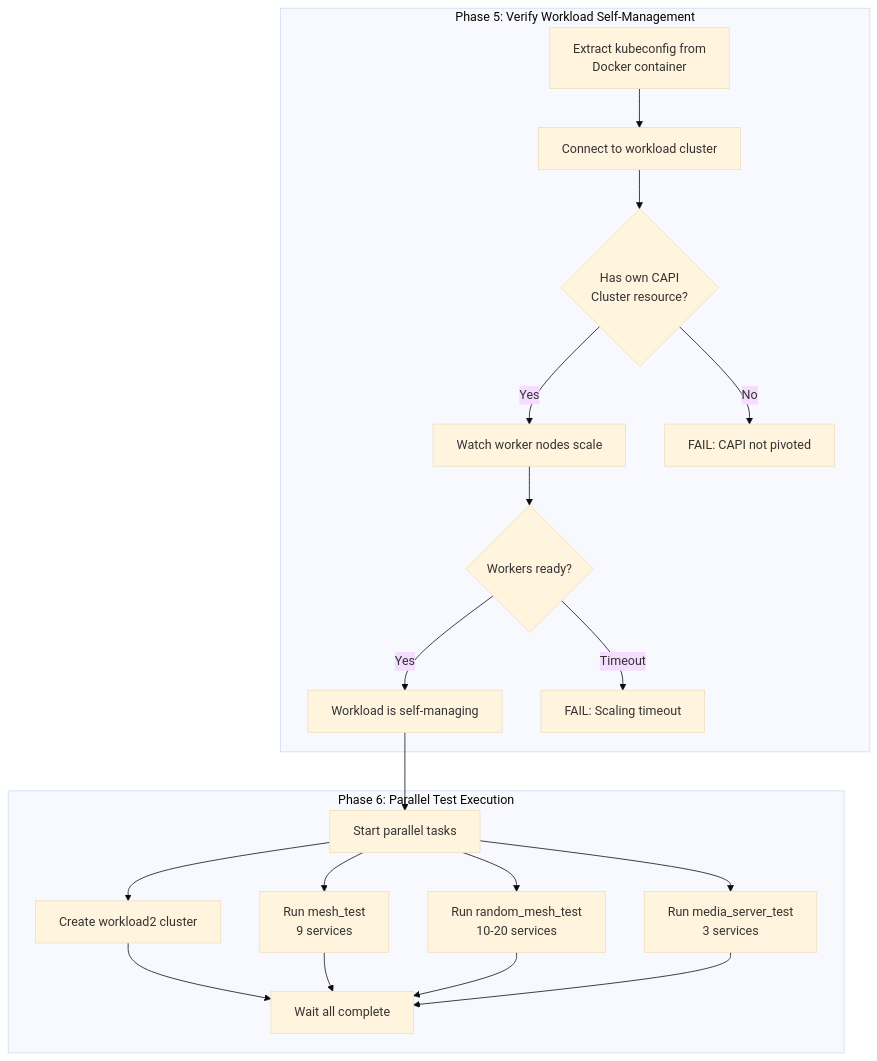
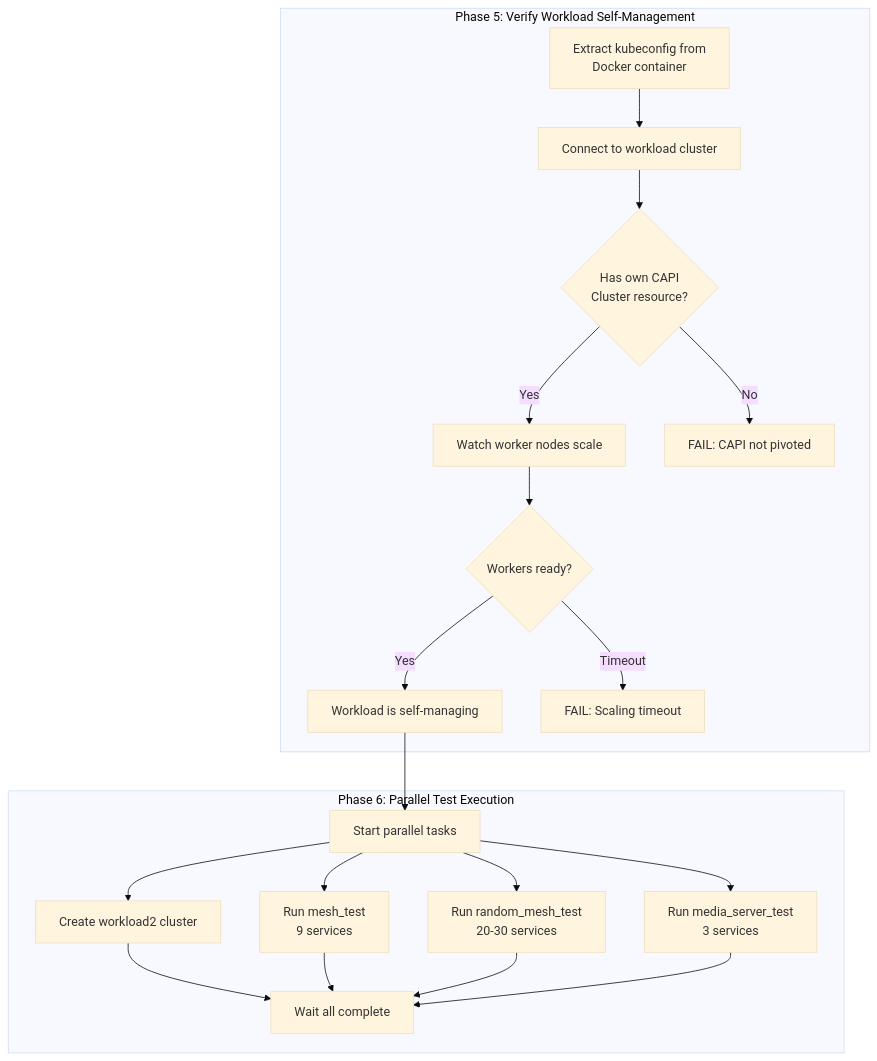
Before and after one commit to evan-hines-js/lattice: the fourth of 19 diagrams in docs/e2e-tests.md, drawn with Mermaid (base theme). The commit also changed other lines of this file and 3 other files, not shown here.

First line of the commit message:
Refactor autoscaling logic to eliminate unwraps and simplify flow

````diff
--- a/docs/e2e-tests.md
+++ b/docs/e2e-tests.md
@@ -155,28 +155,28 @@
 ```mermaid
 flowchart TD
     subgraph "Phase 5: Verify Workload Self-Management"
         P5A[Extract kubeconfig from<br/>Docker container] --> P5B[Connect to workload cluster]
         P5B --> P5C{Has own CAPI<br/>Cluster resource?}
         P5C -->|Yes| P5D[Watch worker nodes scale]
         P5C -->|No| P5E[FAIL: CAPI not pivoted]
         P5D --> P5F{Workers ready?}
         P5F -->|Yes| P5G[Workload is self-managing]
         P5F -->|Timeout| P5H[FAIL: Scaling timeout]
     end
 
     subgraph "Phase 6: Parallel Test Execution"
         P6A[Start parallel tasks]
 
         P6A --> P6B[Create workload2 cluster]
         P6A --> P6C[Run mesh_test<br/>9 services]
-        P6A --> P6D[Run random_mesh_test<br/>10-20 services]
+        P6A --> P6D[Run random_mesh_test<br/>20-30 services]
         P6A --> P6E[Run media_server_test<br/>3 services]
 
         P6B --> P6F[Wait all complete]
         P6C --> P6F
         P6D --> P6F
         P6E --> P6F
     end
 
     P5G --> P6A
 ```
````
